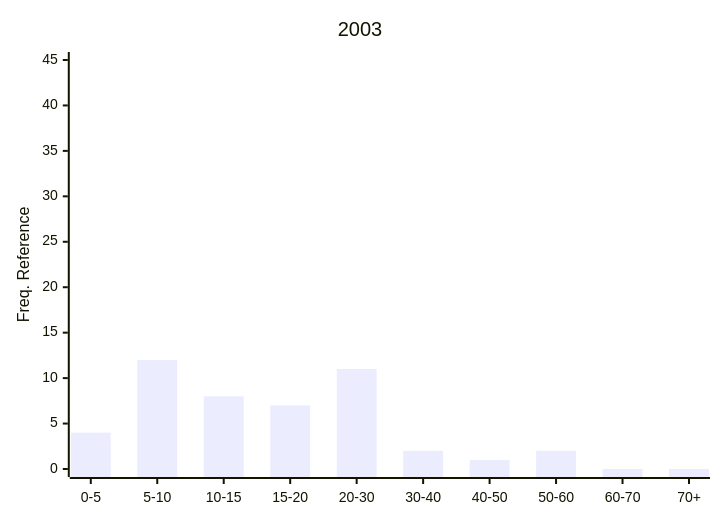
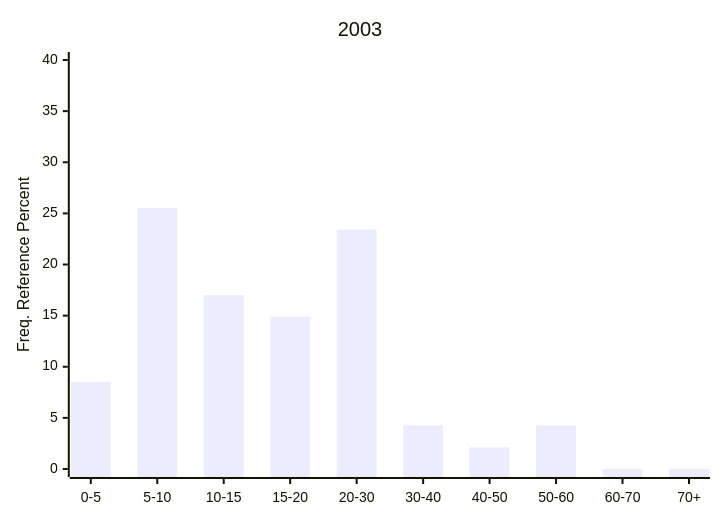
The sixth of 28 diagrams in README.md (Nemus-Project/fair-nime-2026), drawn with Mermaid before and after one commit. The commit also changed other lines of this file, not shown here.

````diff
--- a/README.md
+++ b/README.md
@@ -496,7 +497,7 @@
 ```mermaid
 xychart-beta
     title "2003"
     x-axis ["0-5", "5-10", "10-15", "15-20", "20-30", "30-40", "40-50", "50-60", "60-70", "70+"]
-    y-axis "Freq. Reference" 0 --> 45
-    bar [4, 12, 8, 7, 11, 2, 1, 2, 0, 0]
+    y-axis "Freq. Reference Percent" 0 --> 40
+    bar [8.51063829787234, 25.53191489361702, 17.02127659574468, 14.893617021276595, 23.404255319148938, 4.25531914893617, 2.127659574468085, 4.25531914893617, 0.0, 0.0]
 ```    
````
